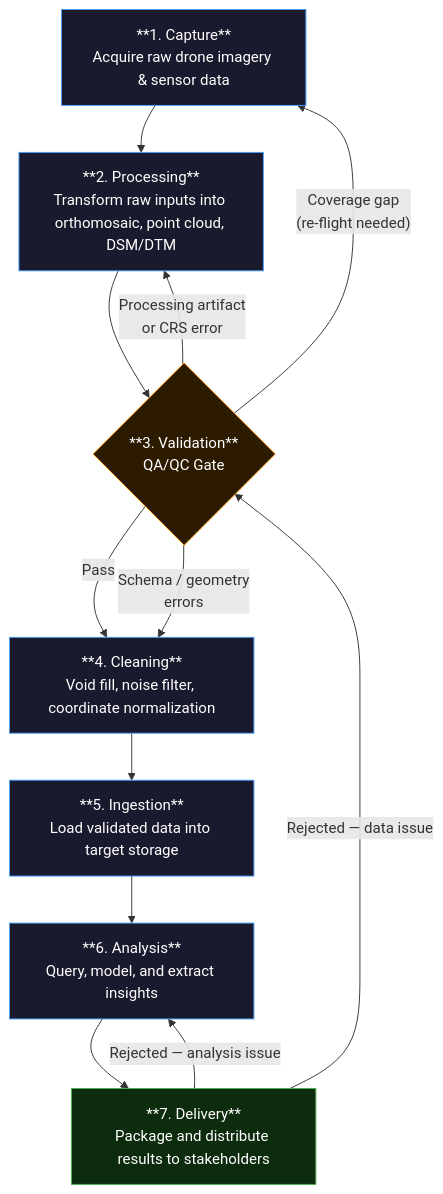
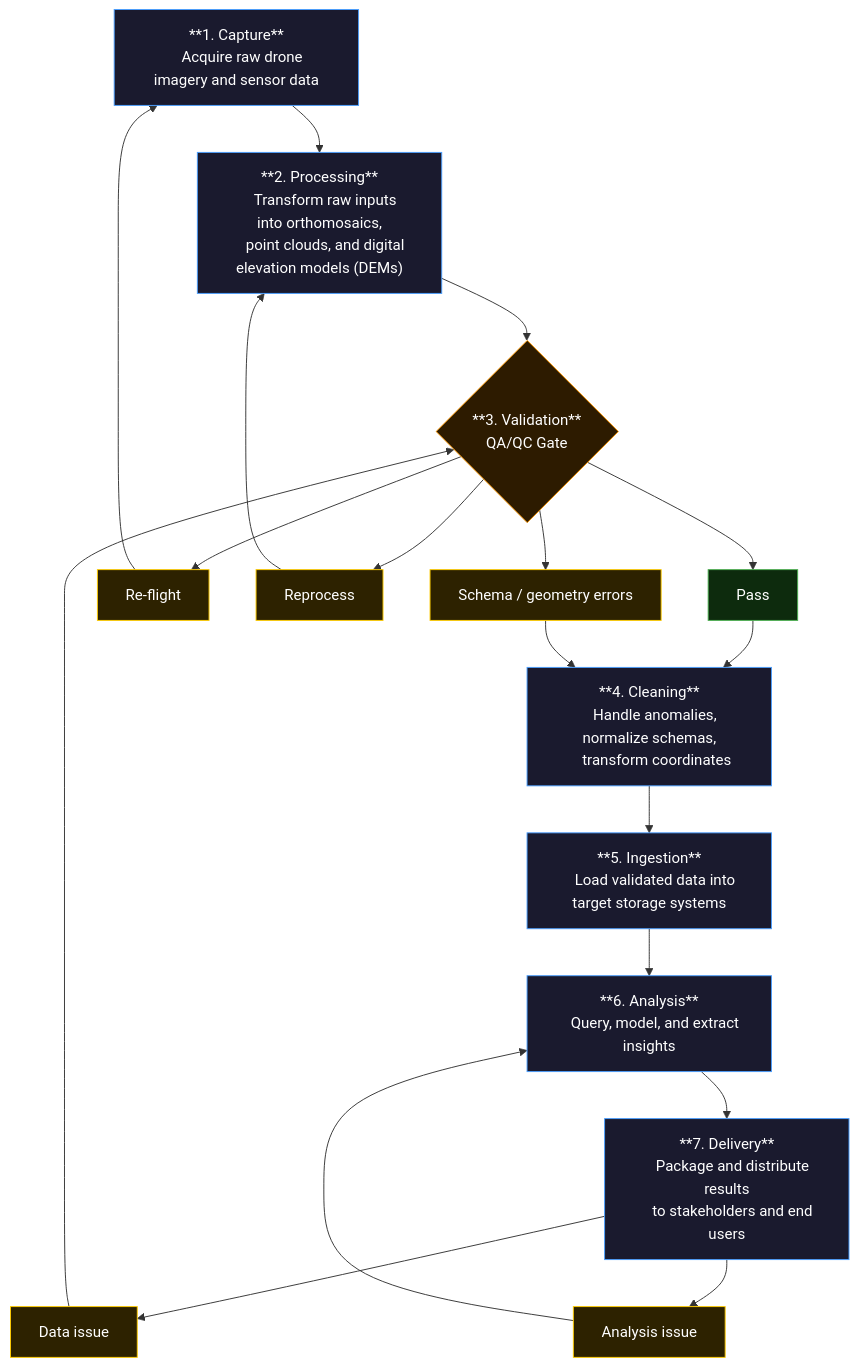
One commit to kibwehoward/pigeon-sight changed the diagram in diagrams/workflow.md. Above: the diagram before and after it, drawn with Mermaid. The commit also changed other lines of this file and 1 other file, not shown here.

Commit message:
Redesign workflow diagram with labeled routing nodes and updated SVG

````diff
--- a/diagrams/workflow.md
+++ b/diagrams/workflow.md
@@ -3,33 +3,53 @@
 ```mermaid
 flowchart TD
-    CAP["**1. Capture**<br/>Acquire raw drone imagery & sensor data"]
-    PRO["**2. Processing**<br/>Transform raw inputs into orthomosaic, point cloud, DSM/DTM"]
-    VAL{"**3. Validation**<br/>QA/QC Gate"}
-    CLN["**4. Cleaning**<br/>Void fill, noise filter, coordinate normalization"]
-    ING["**5. Ingestion**<br/>Load validated data into target storage"]
-    ANA["**6. Analysis**<br/>Query, model, and extract insights"]
-    DEL["**7. Delivery**<br/>Package and distribute results to stakeholders"]
+    CAP["**1. Capture**
+    Acquire raw drone imagery and sensor data"]
+    PRO["**2. Processing**
+    Transform raw inputs into orthomosaics,
+    point clouds, and digital elevation models (DEMs)"]
+    VAL{"**3. Validation**
+    QA/QC Gate"}
+    CLN["**4. Cleaning**
+    Handle anomalies, normalize schemas,
+    transform coordinates"]
+    ING["**5. Ingestion**
+    Load validated data into target storage systems"]
+    ANA["**6. Analysis**
+    Query, model, and extract insights"]
+    DEL["**7. Delivery**
+    Package and distribute results
+    to stakeholders and end users"]
+
+    P0["Pass"]
+    R1["Re-flight"]
+    R2["Reprocess"]
+    R3["Schema / geometry errors"]
+    R4["Data issue"]
+    R5["Analysis issue"]
 
     CAP --> PRO
     PRO --> VAL
-
-    VAL -->|"  Pass  "| CLN
-    VAL -->|"  Coverage gap<br/>(re-flight needed)  "| CAP
-    VAL -->|"  Processing artifact<br/>or CRS error  "| PRO
-    VAL -->|"  Schema / geometry<br/>errors  "| CLN
-
+    VAL --> P0 --> CLN
+    VAL --> R1 --> CAP
+    VAL --> R2 --> PRO
+    VAL --> R3 --> CLN
     CLN --> ING
     ING --> ANA
     ANA --> DEL
-
-    DEL -->|"  Rejected — analysis issue  "| ANA
-    DEL -->|"  Rejected — data issue  "| VAL
+    DEL --> R4 --> VAL
+    DEL --> R5 --> ANA
 
     style CAP fill:#1a1a2e,color:#fff,stroke:#4a9eff
     style PRO fill:#1a1a2e,color:#fff,stroke:#4a9eff
     style VAL fill:#2d1b00,color:#fff,stroke:#ff9900
     style CLN fill:#1a1a2e,color:#fff,stroke:#4a9eff
     style ING fill:#1a1a2e,color:#fff,stroke:#4a9eff
     style ANA fill:#1a1a2e,color:#fff,stroke:#4a9eff
-    style DEL fill:#0d2b0d,color:#fff,stroke:#4caf50
+    style DEL fill:#1a1a2e,color:#fff,stroke:#4a9eff
+    style P0 fill:#0d2b0d,color:#fff,stroke:#4caf50
+    style R1 fill:#2d2200,color:#fff,stroke:#ffcc00
+    style R2 fill:#2d2200,color:#fff,stroke:#ffcc00
+    style R3 fill:#2d2200,color:#fff,stroke:#ffcc00
+    style R4 fill:#2d2200,color:#fff,stroke:#ffcc00
+    style R5 fill:#2d2200,color:#fff,stroke:#ffcc00
 ```
````
